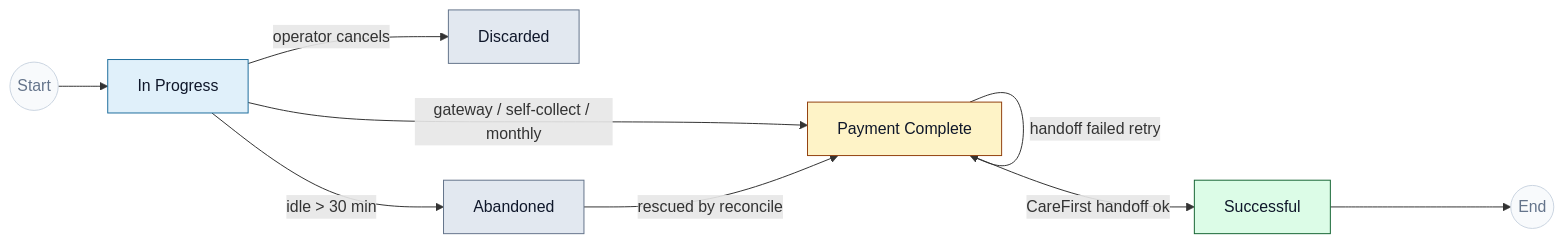
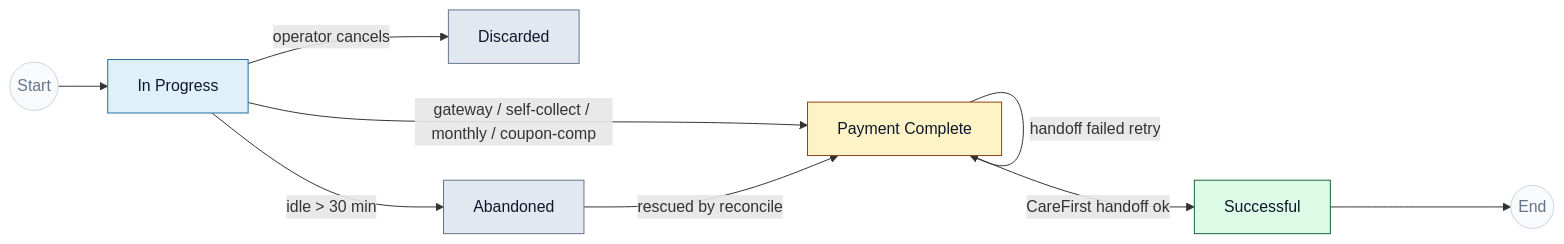
Before and after one commit to LuckyDaWizard/3rd-Party-Booking-System: the first of 2 diagrams in booking-app/content/reports/status-lifecycle.mdx, drawn with Mermaid. The commit also changed other lines of this file and 38 other files, not shown here.

First line of the commit message:
Coupons — discount codes on the booking flow (#1)

````diff
--- a/booking-app/content/reports/status-lifecycle.mdx
+++ b/booking-app/content/reports/status-lifecycle.mdx
@@ -34,22 +34,22 @@
 ```mermaid
 flowchart LR
     A((Start)) --> B[In Progress]
-    B -->|gateway / self-collect / monthly| C[Payment Complete]
+    B -->|gateway / self-collect / monthly / coupon-comp| C[Payment Complete]
     B -->|operator cancels| D[Discarded]
     B -->|idle &gt; 30 min| E[Abandoned]
     E -->|rescued by reconcile| C
     C -->|handoff failed retry| C
     C -->|CareFirst handoff ok| F[Successful]
     F --> G((End))
 
     classDef brand    fill:#e0f0fa,stroke:#1f6f9d,color:#0f172a;
     classDef ok       fill:#dcfce7,stroke:#166534,color:#0f172a;
     classDef warn     fill:#fef3c7,stroke:#92400e,color:#0f172a;
     classDef mute     fill:#e2e8f0,stroke:#64748b,color:#0f172a;
     classDef terminal fill:#f8fafc,stroke:#cbd5e1,color:#64748b;
     class B brand;
     class C warn;
     class F ok;
     class D,E mute;
     class A,G terminal;
 ```
````
